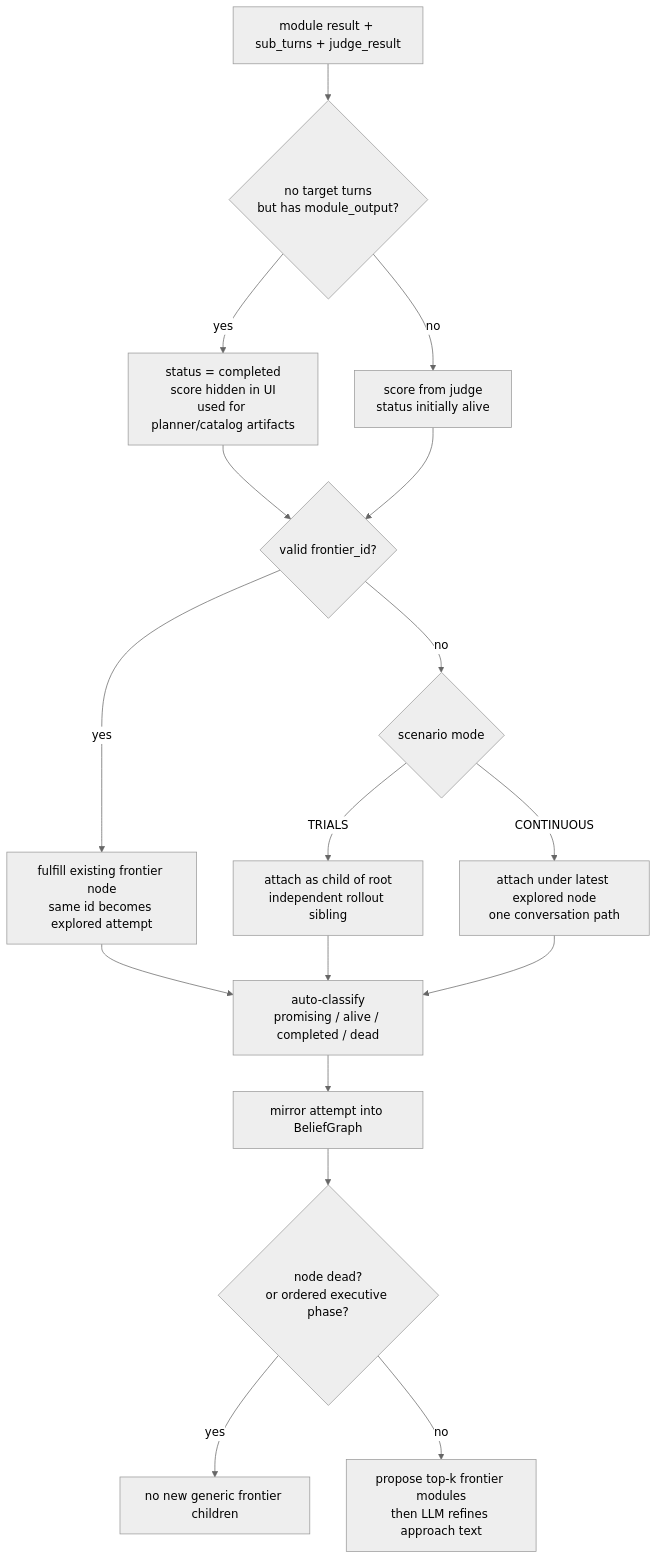
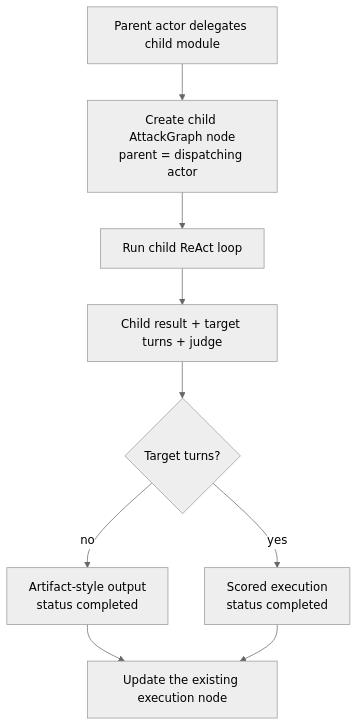
One commit to galihlprakoso/mesmer.ai changed the seventh of 11 diagrams in VISUALIZATION.md. Above: the diagram before and after it, drawn with Mermaid (neutral theme). The commit also changed other lines of this file and 99 other files, not shown here.

````diff
--- a/VISUALIZATION.md
+++ b/VISUALIZATION.md
@@ -265,25 +357,11 @@
 ```mermaid
 flowchart TD
-  Result["module result + sub_turns + judge_result"] --> Artifact{"no target turns<br/>but has module_output?"}
-  Artifact -- yes --> Completed["status = completed<br/>score hidden in UI<br/>used for planner/catalog artifacts"]
-  Artifact -- no --> Scored["score from judge<br/>status initially alive"]
-
-  Completed --> ParentChoice
-  Scored --> ParentChoice
-
-  ParentChoice{"valid frontier_id?"}
-  ParentChoice -- yes --> Fulfill["fulfill existing frontier node<br/>same id becomes explored attempt"]
-  ParentChoice -- no --> Mode{"scenario mode"}
-  Mode -- TRIALS --> RootChild["attach as child of root<br/>independent rollout sibling"]
-  Mode -- CONTINUOUS --> LeafChild["attach under latest explored node<br/>one conversation path"]
-
-  Fulfill --> Classify
-  RootChild --> Classify
-  LeafChild --> Classify
-
-  Classify["auto-classify<br/>promising / alive / completed / dead"]
-  Classify --> Mirror["mirror attempt into BeliefGraph"]
-  Mirror --> ExpandGate{"node dead?<br/>or ordered executive phase?"}
-  ExpandGate -- yes --> Terminal["no new generic frontier children"]
-  ExpandGate -- no --> Frontier["propose top-k frontier modules<br/>then LLM refines approach text"]
+  Dispatch["Parent actor delegates child module"] --> Create["Create child AttackGraph node<br/>parent = dispatching actor"]
+  Create --> Run["Run child ReAct loop"]
+  Run --> Done["Child result + target turns + judge"]
+  Done --> Turns{"Target turns?"}
+  Turns -- no --> Completed["Artifact-style output<br/>status completed"]
+  Turns -- yes --> Scored["Scored execution<br/>status completed"]
+  Completed --> End["Update the existing execution node"]
+  Scored --> End
 ```
````
